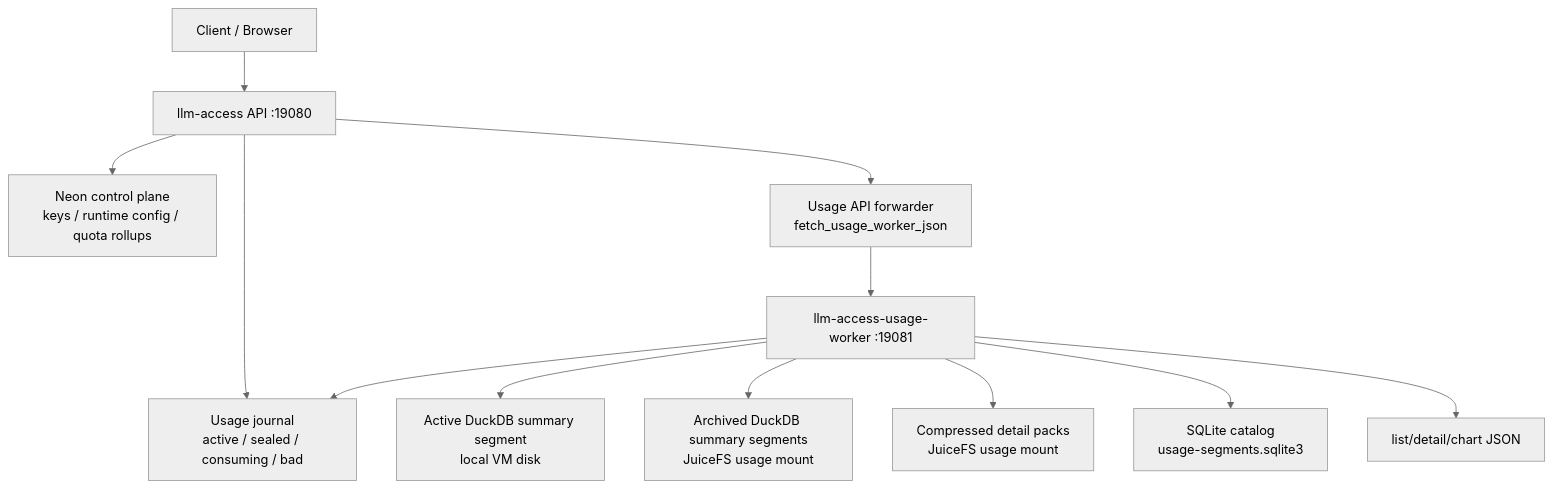
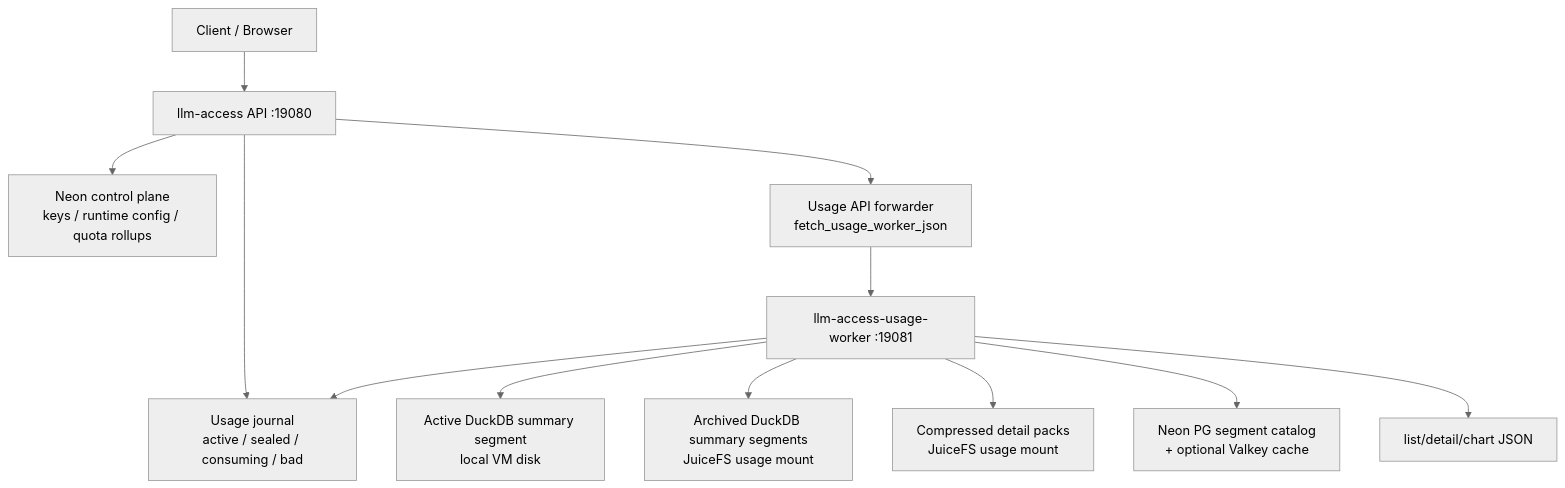
Before and after one commit to acking-you/static_flow: the diagram in docs/llm-access-tiered-usage-analytics.md, drawn with Mermaid (neutral theme). The commit also changed other lines of this file and 13 other files, not shown here.

Commit message:
refactor: remove tiered sqlite usage catalog

````diff
--- a/docs/llm-access-tiered-usage-analytics.md
+++ b/docs/llm-access-tiered-usage-analytics.md
@@ -93,16 +98,16 @@
 ```mermaid
 flowchart TD
     Client["Client / Browser"] --> Api["llm-access API :19080"]
     Api --> Control["Neon control plane<br/>keys / runtime config / quota rollups"]
     Api --> Journal["Usage journal<br/>active / sealed / consuming / bad"]
     Api --> Forward["Usage API forwarder<br/>fetch_usage_worker_json"]
 
     Worker["llm-access-usage-worker :19081"] --> Journal
     Worker --> Active["Active DuckDB summary segment<br/>local VM disk"]
     Worker --> Archive["Archived DuckDB summary segments<br/>JuiceFS usage mount"]
     Worker --> Details["Compressed detail packs<br/>JuiceFS usage mount"]
-    Worker --> Catalog["SQLite catalog<br/>usage-segments.sqlite3"]
+    Worker --> Catalog["Neon PG segment catalog<br/>+ optional Valkey cache"]
 
     Forward --> Worker
     Worker --> PublicUsage["list/detail/chart JSON"]
 ```
````
